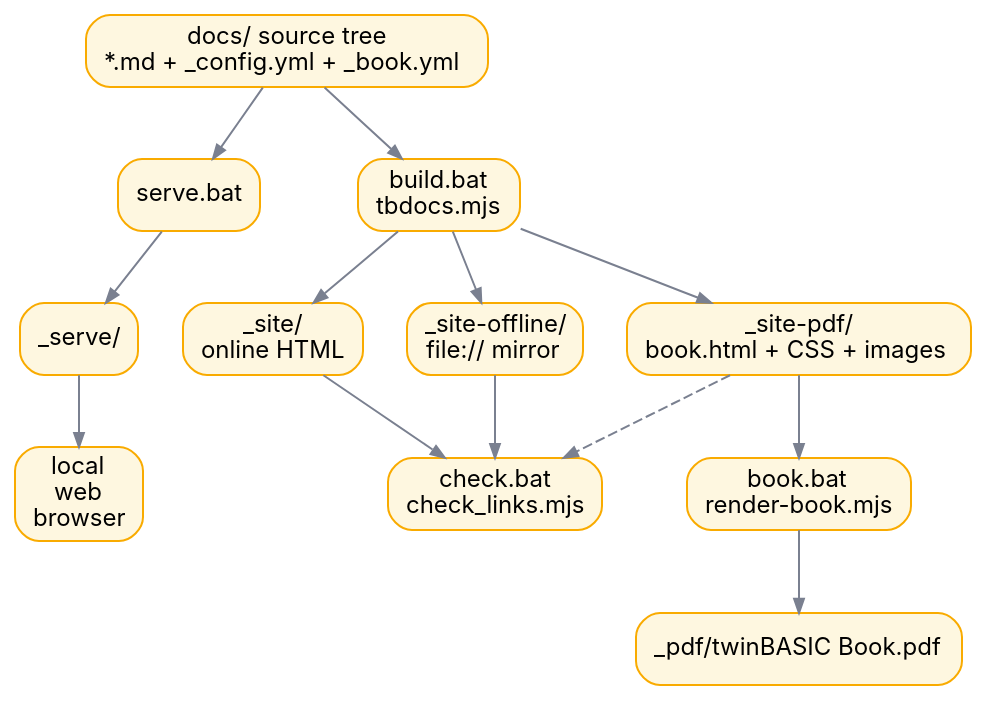
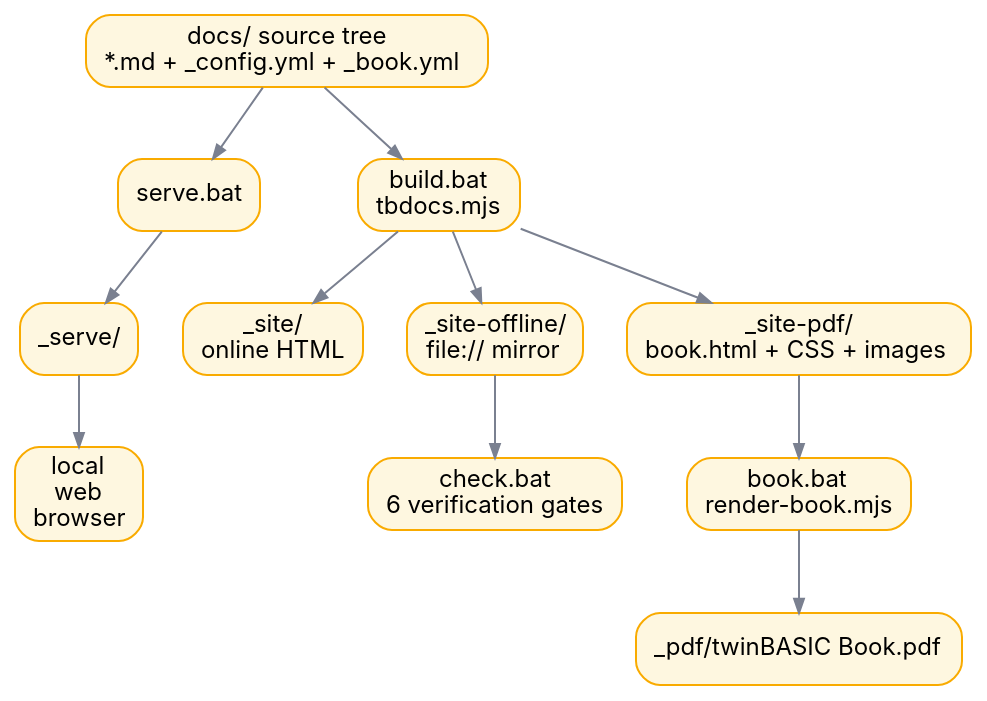
One commit to twinbasic/documentation changed the diagram in docs/assets/images/dot/toolchain-overview.dot. Above: the diagram before and after it, drawn with Graphviz. The commit also changed 1 other file, not shown here.

Commit message:
docs: fix toolchain-overview diagram to match the current check.bat

```diff
--- a/docs/assets/images/dot/toolchain-overview.dot
+++ b/docs/assets/images/dot/toolchain-overview.dot
@@ -1,43 +1,41 @@
 // High-level view of the documentation toolchain: source tree → build/serve
 // → output trees → check/book pipelines.
 
 digraph toolchain {
     rankdir=TB
     bgcolor="transparent"
     nodesep=0.3
     ranksep=0.5
     splines=true
 
     node [
         shape=box
         style="rounded,filled"
         fontname="Inter,system-ui,-apple-system,Segoe UI,sans-serif"
         fontsize=12
         margin="0.12,0.06"
         fillcolor="#fef7e0"
         color="#f9ab00"
     ]
     edge [color="#7a8090" arrowsize=0.7]
 
     SRC     [label=<docs/ source tree<BR/>*.md + _config.yml + _book.yml>]
     SERVE   [label=<serve.bat>]
     SERVED  [label=<_serve/>]
     BROWSER [label=<local<BR/>web<BR/>browser>]
     BUILD   [label=<build.bat<BR/>tbdocs.mjs>]
     SITE    [label=<_site/<BR/>online HTML>]
     OFFLINE [label=<_site-offline/<BR/>file:// mirror>]
     PDFSRC  [label=<_site-pdf/<BR/>book.html + CSS + images>]
-    CHECK   [label=<check.bat<BR/>check_links.mjs>]
+    CHECK   [label=<check.bat<BR/>6 verification gates>]
     BOOK    [label=<book.bat<BR/>render-book.mjs>]
     PDF     [label=<_pdf/twinBASIC Book.pdf>]
 
     SRC -> SERVE -> SERVED -> BROWSER
     SRC -> BUILD
     BUILD -> SITE
     BUILD -> OFFLINE
     BUILD -> PDFSRC
-    SITE    -> CHECK
     OFFLINE -> CHECK
-    PDFSRC  -> CHECK [style=dashed]
     PDFSRC  -> BOOK -> PDF
 }
```
